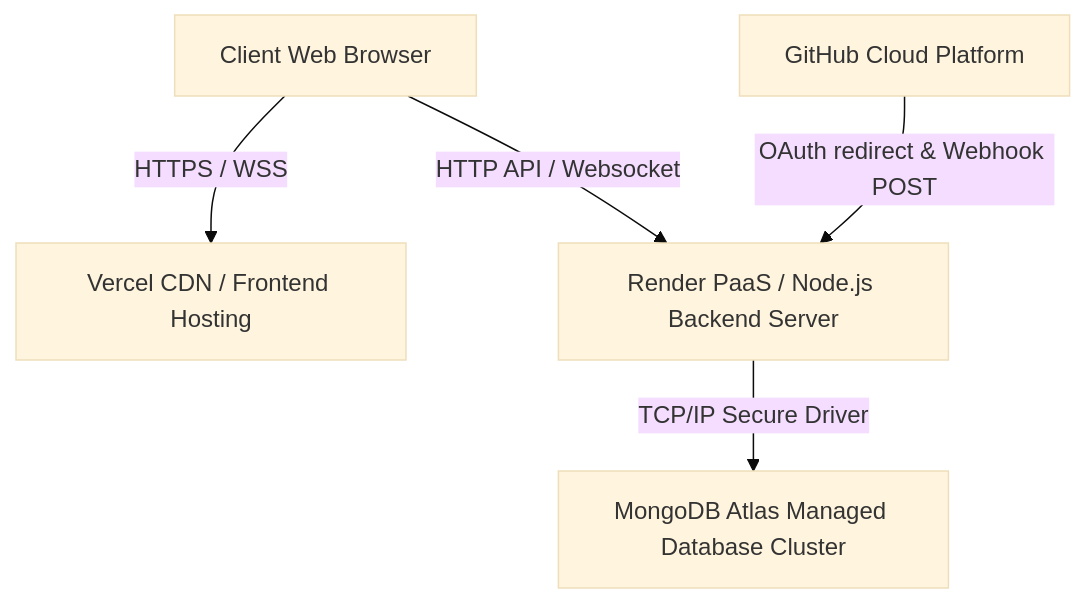
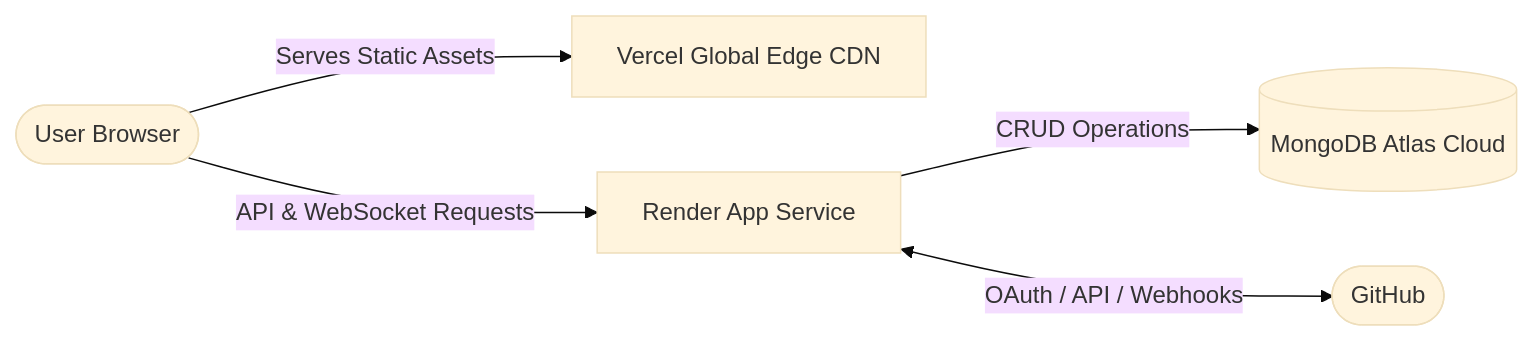
Before and after one commit to JEN-chad/DevFlow: the second of 6 diagrams in README.md, drawn with Mermaid (base theme). The commit also changed other lines of this file, not shown here.

````diff
--- a/README.md
+++ b/README.md
@@ -117,7 +104,13 @@
 ```mermaid
-graph TD
-    ClientBrowser[Client Web Browser] -->|HTTPS / WSS| Vercel[Vercel CDN / Frontend Hosting]
-    ClientBrowser -->|HTTP API / Websocket| Render[Render PaaS / Node.js Backend Server]
-    Render -->|TCP/IP Secure Driver| MongoDBAtlas[MongoDB Atlas Managed Database Cluster]
-    GitHub[GitHub Cloud Platform] -->|OAuth redirect & Webhook POST| Render
+graph LR
+    User([User Browser])
+    Vercel[Vercel Global Edge CDN]
+    Render[Render App Service]
+    Mongo[(MongoDB Atlas Cloud)]
+    GH([GitHub])
+
+    User -->|Serves Static Assets| Vercel
+    User -->|API & WebSocket Requests| Render
+    Render -->|CRUD Operations| Mongo
+    Render <-->|OAuth / API / Webhooks| GH
 ```
````
